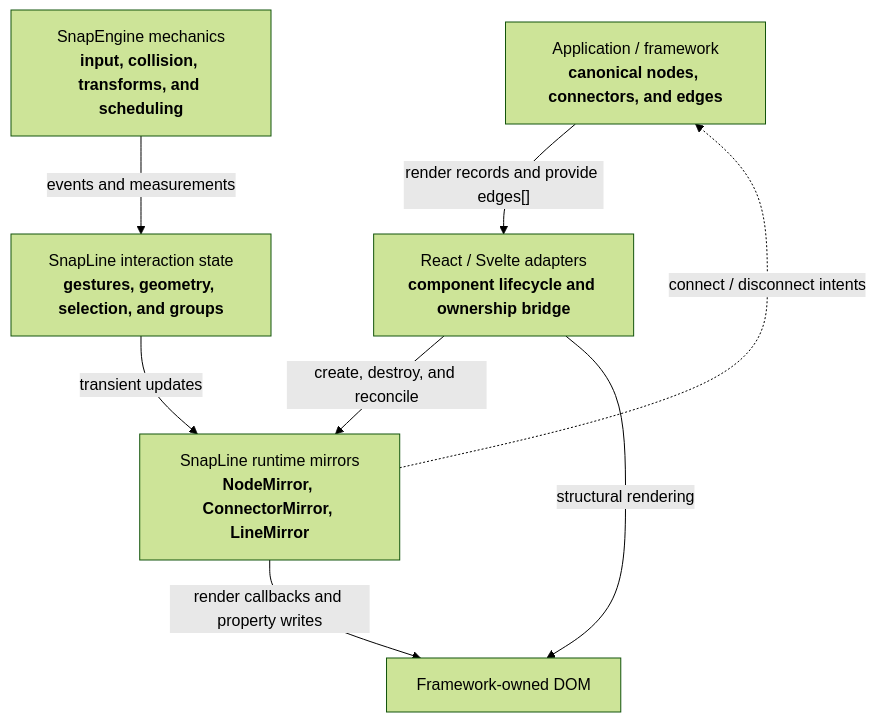
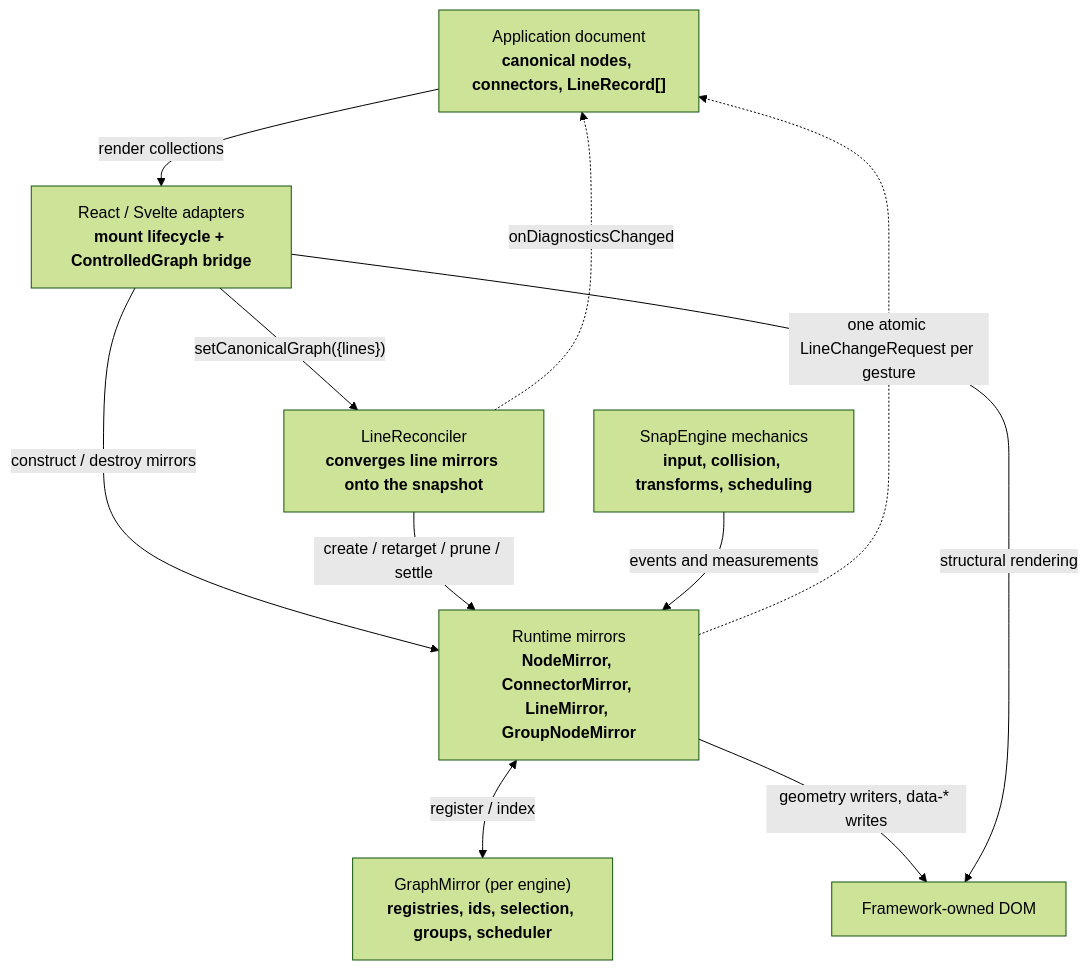
One commit to tfukaza/SnapLineJS changed the first of 3 diagrams in docs/snapline/design/current-architecture.md. Above: the diagram before and after it, drawn with Mermaid (forest theme). The commit also changed other lines of this file and 16 other files, not shown here.

First line of the commit message:
docs: Phase 5c — full accuracy pass onto the final architecture

````diff
--- a/docs/snapline/design/current-architecture.md
+++ b/docs/snapline/design/current-architecture.md
@@ -44,17 +47,21 @@
 ```mermaid
 flowchart TB
-  APP["Application / framework<br/><b>canonical nodes, connectors, and edges</b>"]
-  ADAPTER["React / Svelte adapters<br/><b>component lifecycle and ownership bridge</b>"]
-  MIRRORS["SnapLine runtime mirrors<br/><b>NodeMirror, ConnectorMirror, LineMirror</b>"]
-  STATE["SnapLine interaction state<br/><b>gestures, geometry, selection, and groups</b>"]
-  ENGINE["SnapEngine mechanics<br/><b>input, collision, transforms, and scheduling</b>"]
+  APP["Application document<br/><b>canonical nodes, connectors, LineRecord[]</b>"]
+  ADAPTER["React / Svelte adapters<br/><b>mount lifecycle + ControlledGraph bridge</b>"]
+  RECON["LineReconciler<br/><b>converges line mirrors onto the snapshot</b>"]
+  MIRRORS["Runtime mirrors<br/><b>NodeMirror, ConnectorMirror, LineMirror, GroupNodeMirror</b>"]
+  REGISTRY["GraphMirror (per engine)<br/><b>registries, ids, selection, groups, scheduler</b>"]
+  ENGINE["SnapEngine mechanics<br/><b>input, collision, transforms, scheduling</b>"]
   DOM["Framework-owned DOM"]
 
-  APP -->|"render records and provide edges[]"| ADAPTER
-  ADAPTER -->|"create, destroy, and reconcile"| MIRRORS
-  ENGINE -->|"events and measurements"| STATE
-  STATE -->|"transient updates"| MIRRORS
-  MIRRORS -->|"render callbacks and property writes"| DOM
+  APP -->|"render collections"| ADAPTER
+  ADAPTER -->|"construct / destroy mirrors"| MIRRORS
+  ADAPTER -->|"setCanonicalGraph({lines})"| RECON
+  RECON -->|"create / retarget / prune / settle"| MIRRORS
+  MIRRORS <-->|"register / index"| REGISTRY
+  ENGINE -->|"events and measurements"| MIRRORS
+  MIRRORS -->|"geometry writers, data-* writes"| DOM
   ADAPTER -->|"structural rendering"| DOM
-  MIRRORS -.->|"connect / disconnect intents"| APP
+  MIRRORS -.->|"one atomic LineChangeRequest per gesture"| APP
+  RECON -.->|"onDiagnosticsChanged"| APP
 ```
````
